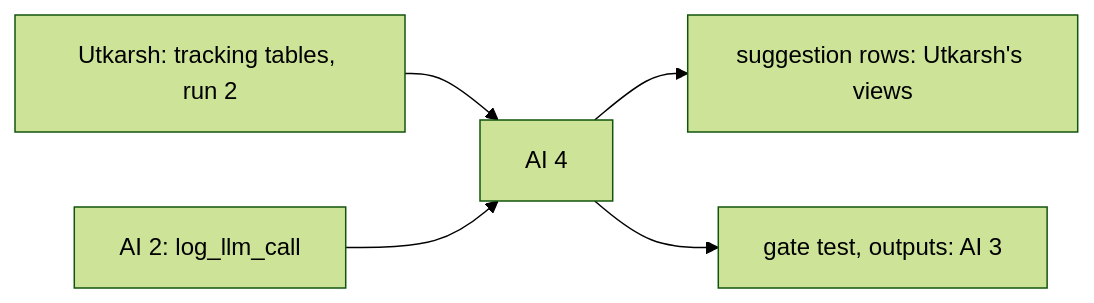
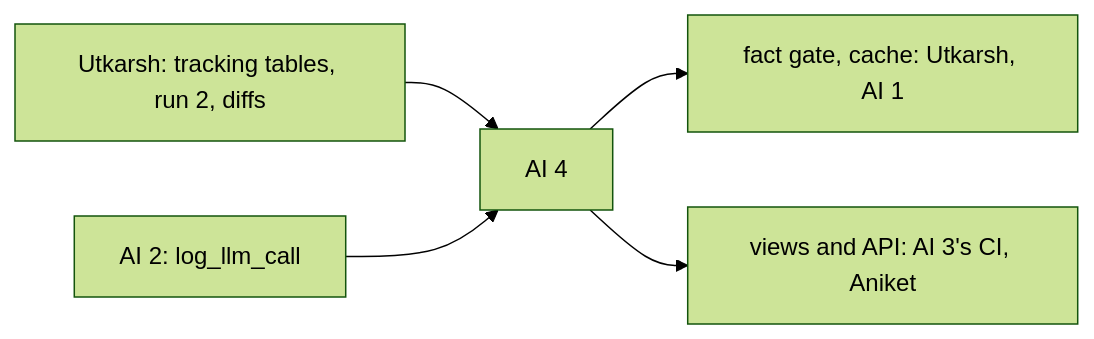
The diagram in Model-Pipeline/packets/ai4-agents/README.md (Itsme-aniketghosh/Meridian), drawn with Mermaid (forest theme) before and after one commit. The commit also changed other lines of this file and 7 other files, not shown here.

First line of the commit message:
Update README files across multiple packets to reflect project changes and timelines

````diff
--- a/Model-Pipeline/packets/ai4-agents/README.md
+++ b/Model-Pipeline/packets/ai4-agents/README.md
@@ -12,7 +12,7 @@
 ```mermaid
 flowchart LR
-  ut["Utkarsh: tracking tables, run 2"] --> me["AI 4"]
+  ut["Utkarsh: tracking tables, run 2, diffs"] --> me["AI 4"]
   ai2["AI 2: log_llm_call"] --> me
-  me --> sugg["suggestion rows: Utkarsh's views"]
-  me --> ci["gate test, outputs: AI 3"]
+  me --> gate["fact gate, cache: Utkarsh, AI 1"]
+  me --> views["views and API: AI 3's CI, Aniket"]
 ```
````
